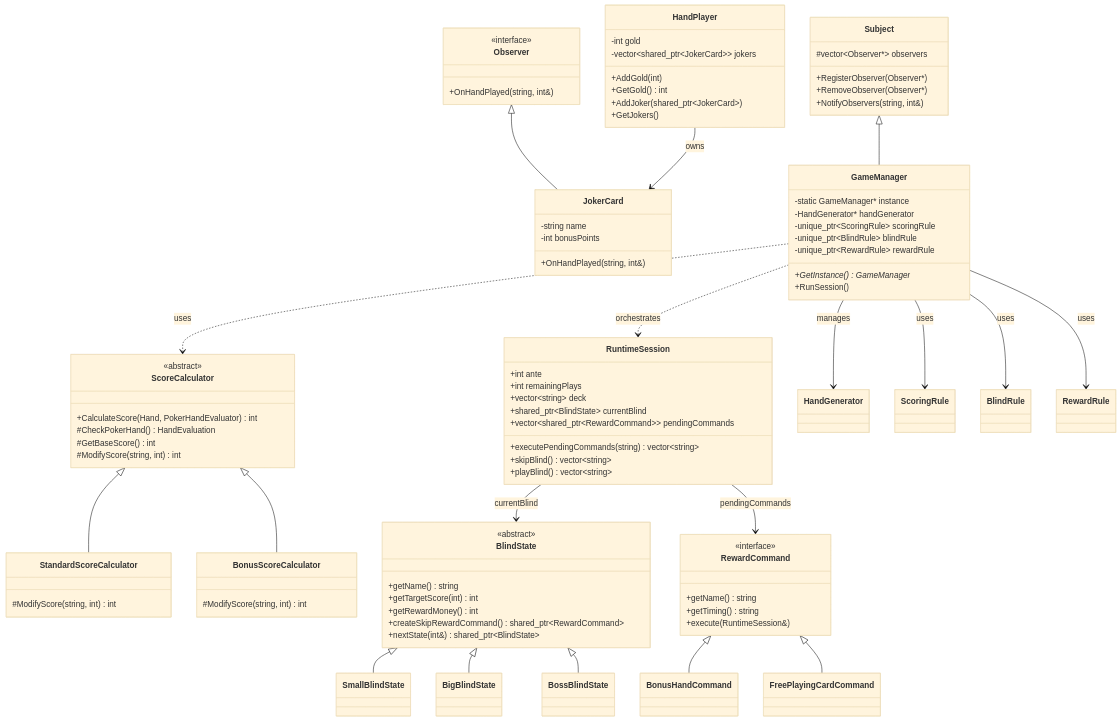
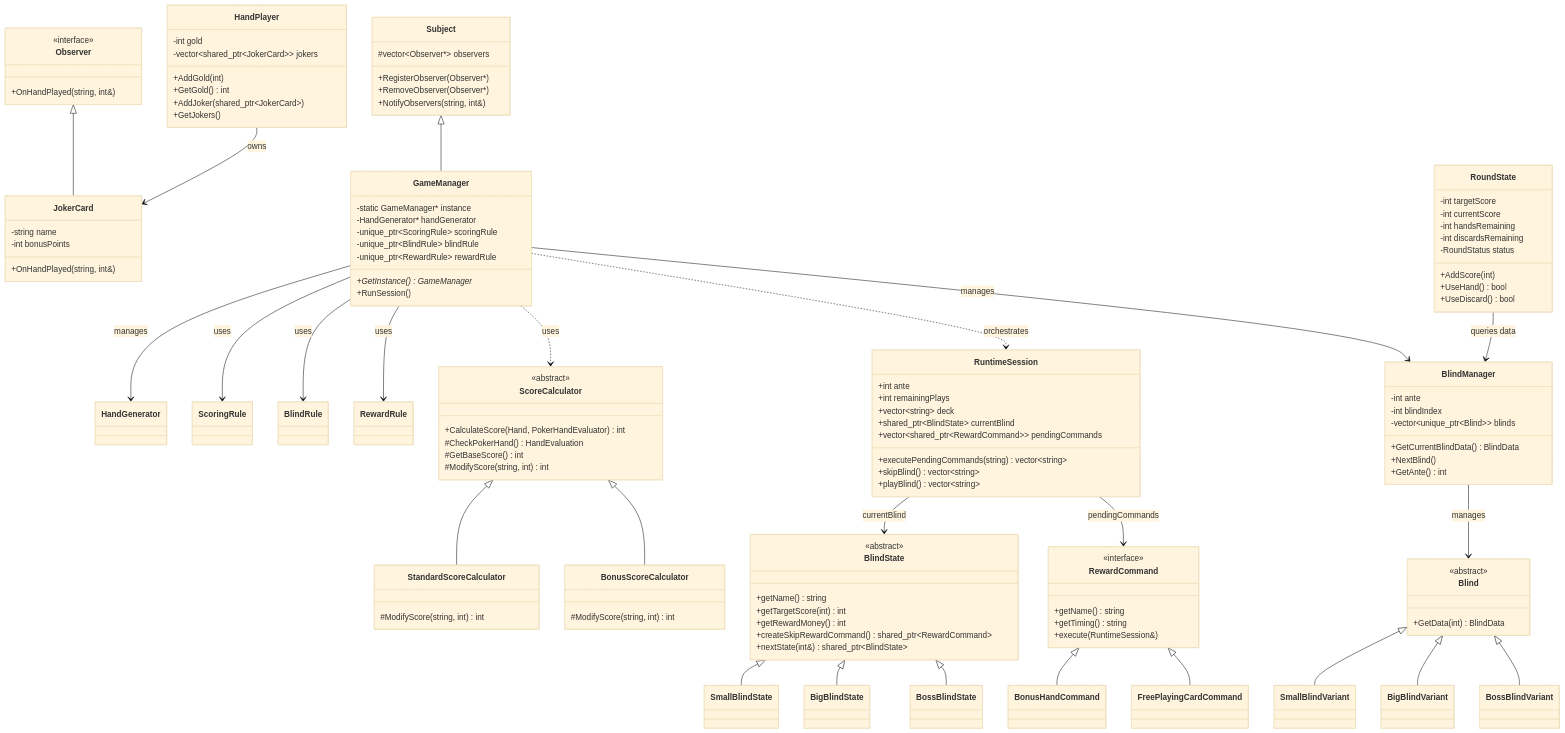
The second of 2 diagrams in docs/design-pattern-analysis.md (Amrhea/Kel.DesignPattern), drawn with Mermaid (base theme) before and after one commit. The commit also changed other lines of this file and 4 other files, not shown here.

First line of the commit message:
Docs: FlushFive, BlindManager, tests & changelog

````diff
--- a/docs/design-pattern-analysis.md
+++ b/docs/design-pattern-analysis.md
@@ -225,6 +227,32 @@
         +playBlind() vector~string~
     }
 
+    class Blind {
+        <<abstract>>
+        +GetData(int) BlindData
+    }
+    class SmallBlindVariant
+    class BigBlindVariant
+    class BossBlindVariant
+    class BlindManager {
+        -int ante
+        -int blindIndex
+        -vector~unique_ptr~Blind~~ blinds
+        +GetCurrentBlindData() BlindData
+        +NextBlind()
+        +GetAnte() int
+    }
+    class RoundState {
+        -int targetScore
+        -int currentScore
+        -int handsRemaining
+        -int discardsRemaining
+        -RoundStatus status
+        +AddScore(int)
+        +UseHand() bool
+        +UseDiscard() bool
+    }
+
     Subject <|-- GameManager
     Observer <|-- JokerCard
     ScoreCalculator <|-- StandardScoreCalculator
@@ -237,15 +265,23 @@
     RewardCommand <|-- BonusHandCommand
     RewardCommand <|-- FreePlayingCardCommand
 
+    Blind <|-- SmallBlindVariant
+    Blind <|-- BigBlindVariant
+    Blind <|-- BossBlindVariant
+
     GameManager --> HandGenerator : manages
     GameManager --> ScoringRule : uses
     GameManager --> BlindRule : uses
     GameManager --> RewardRule : uses
     GameManager ..> ScoreCalculator : uses
     GameManager ..> RuntimeSession : orchestrates
+    GameManager --> BlindManager : manages
 
     RuntimeSession --> BlindState : currentBlind
     RuntimeSession --> RewardCommand : pendingCommands
 
+    BlindManager --> Blind : manages
+    RoundState --> BlindManager : queries data
+
     HandPlayer --> JokerCard : owns
 ```
````
